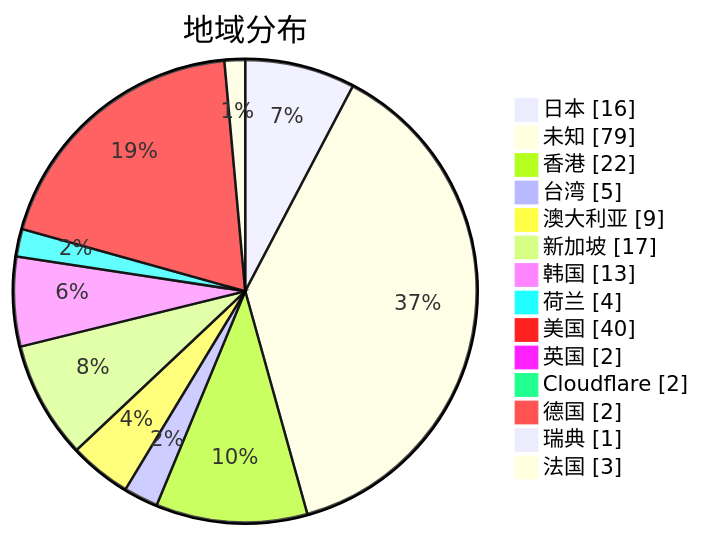
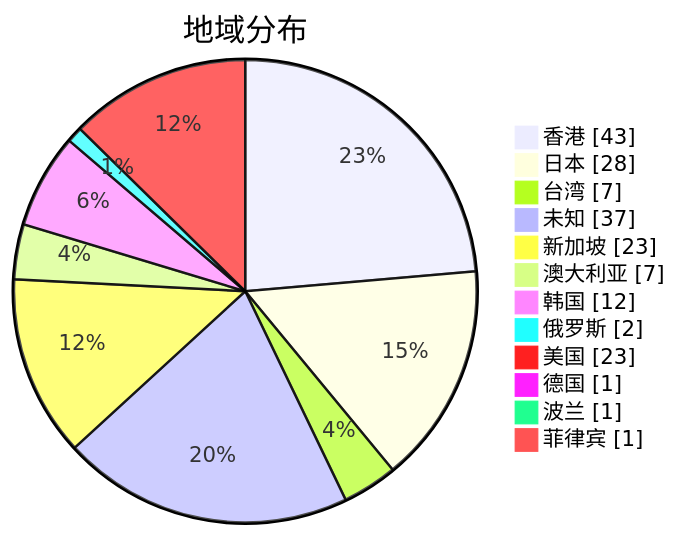
The second of 3 diagrams in subs/statistics/tested_within.md (qjlxg/airport), drawn with Mermaid before and after one commit. The commit also changed other lines of this file and 2 other files, not shown here.

Commit message:
Tested by metaST

````diff
--- a/subs/statistics/tested_within.md
+++ b/subs/statistics/tested_within.md
@@ -11,18 +12,16 @@
 ```mermaid
 pie showData
 title 地域分布
-"日本" : 16
-"未知" : 79
-"香港" : 22
-"台湾" : 5
-"澳大利亚" : 9
-"新加坡" : 17
-"韩国" : 13
-"荷兰" : 4
-"美国" : 40
-"英国" : 2
-"Cloudflare" : 2
-"德国" : 2
-"瑞典" : 1
-"法国" : 3
+"香港" : 43
+"日本" : 28
+"台湾" : 7
+"未知" : 37
+"新加坡" : 23
+"澳大利亚" : 7
+"韩国" : 12
+"俄罗斯" : 2
+"美国" : 23
+"德国" : 1
+"波兰" : 1
+"菲律宾" : 1
 ```
````
